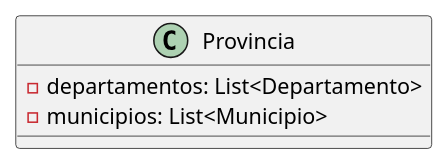
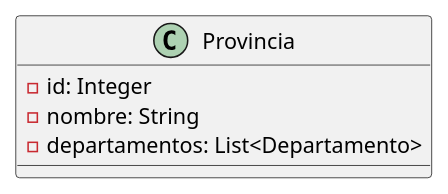
The diagram in main-project/DC/E3/meta_datos_geo/Provincia.puml (mbertogliati/dds-tpa), drawn with PlantUML before and after one commit. The commit also changed 31 other files, not shown here.

```diff
--- a/main-project/DC/E3/meta_datos_geo/Provincia.puml
+++ b/main-project/DC/E3/meta_datos_geo/Provincia.puml
@@ -1,9 +1,10 @@
 @startuml
 'https://plantuml.com/class-diagram
 
 class Provincia {
+  - id: Integer
+  - nombre: String
   - departamentos: List<Departamento>
-  - municipios: List<Municipio>
 }
 
 @enduml
```
